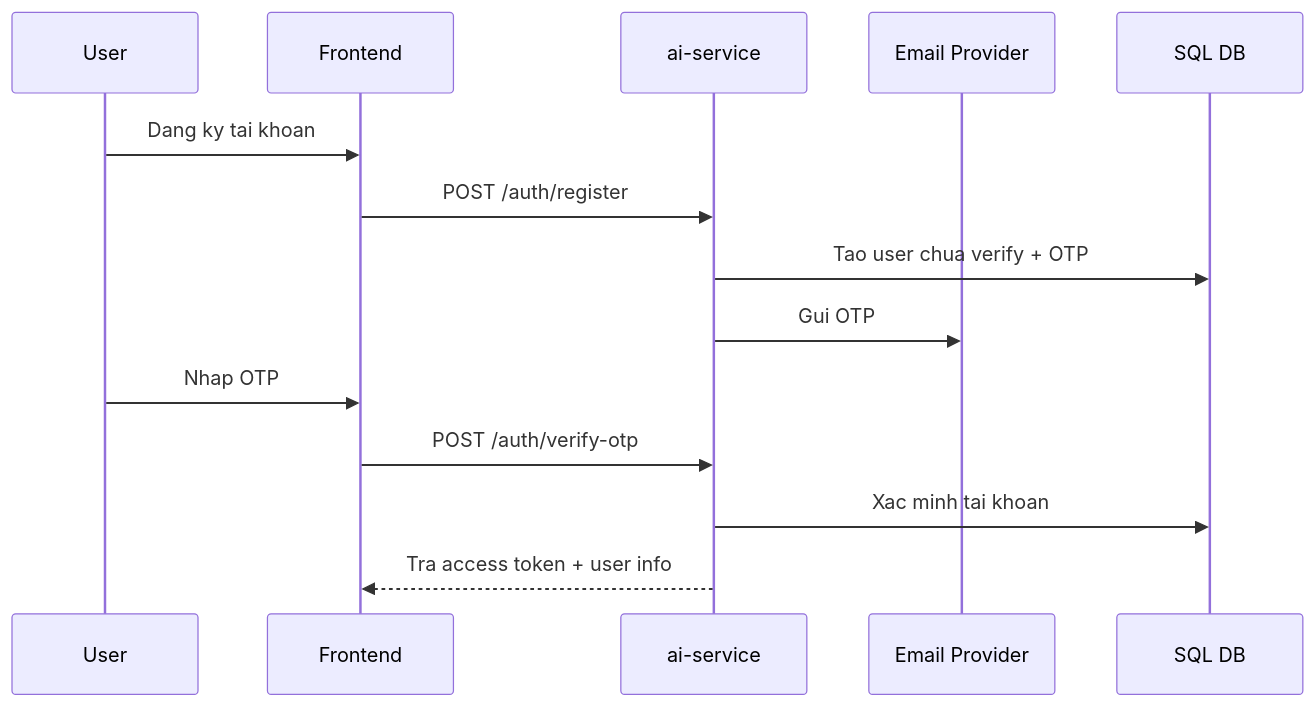
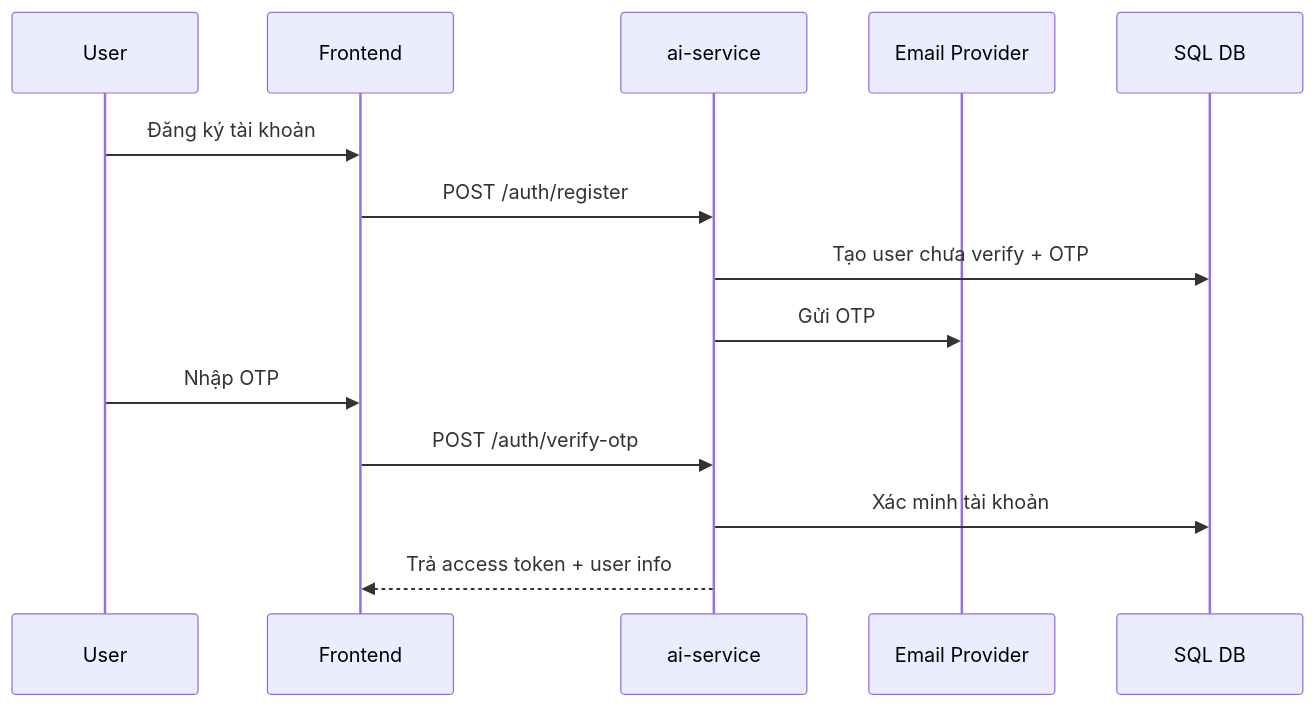
The second of 4 diagrams in BAO_CAO_BAN_GIAO_HE_THONG.md (basduy05/NCKHTA), drawn with Mermaid before and after one commit. The commit also changed other lines of this file and 43 other files, not shown here.

````diff
--- a/BAO_CAO_BAN_GIAO_HE_THONG.md
+++ b/BAO_CAO_BAN_GIAO_HE_THONG.md
@@ -286,17 +286,17 @@
 ```mermaid
 sequenceDiagram
     participant U as User
     participant FE as Frontend
     participant API as ai-service
     participant Mail as Email Provider
     participant DB as SQL DB
 
-    U->>FE: Dang ky tai khoan
+    U->>FE: Đăng ký tài khoản
     FE->>API: POST /auth/register
-    API->>DB: Tao user chua verify + OTP
-    API->>Mail: Gui OTP
-    U->>FE: Nhap OTP
+    API->>DB: Tạo user chưa verify + OTP
+    API->>Mail: Gửi OTP
+    U->>FE: Nhập OTP
     FE->>API: POST /auth/verify-otp
-    API->>DB: Xac minh tai khoan
-    API-->>FE: Tra access token + user info
+    API->>DB: Xác minh tài khoản
+    API-->>FE: Trả access token + user info
 ```
````
